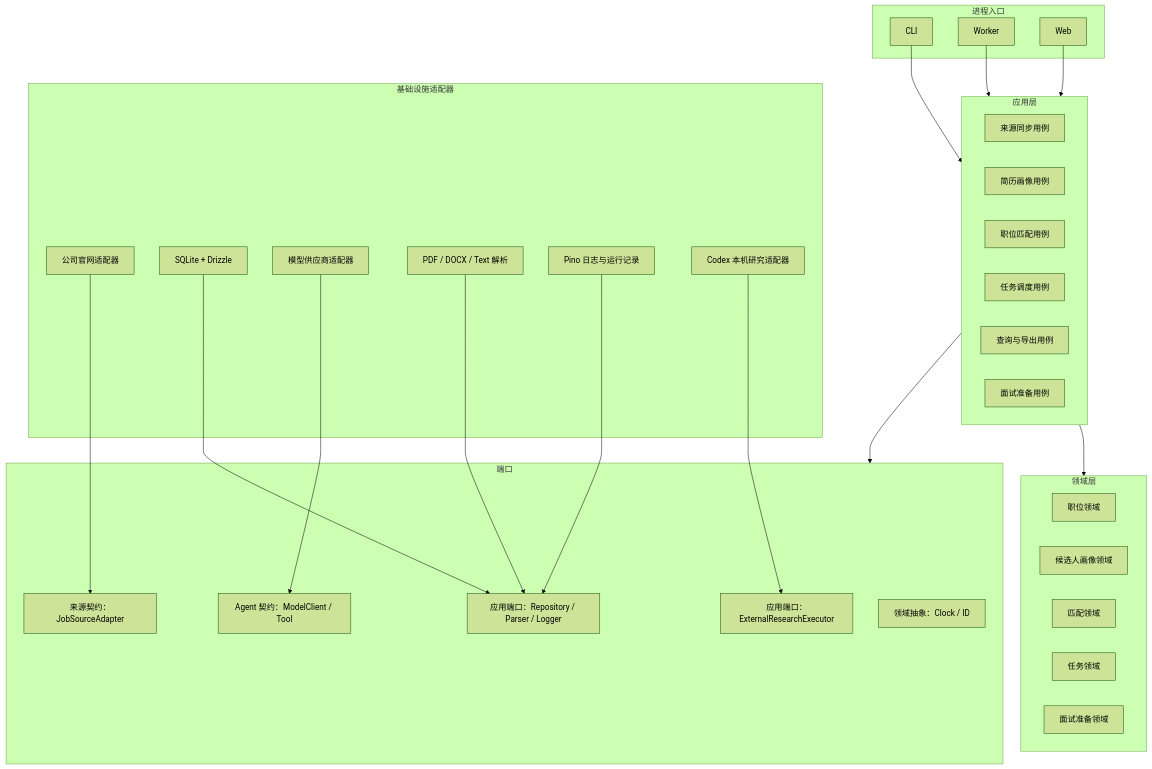
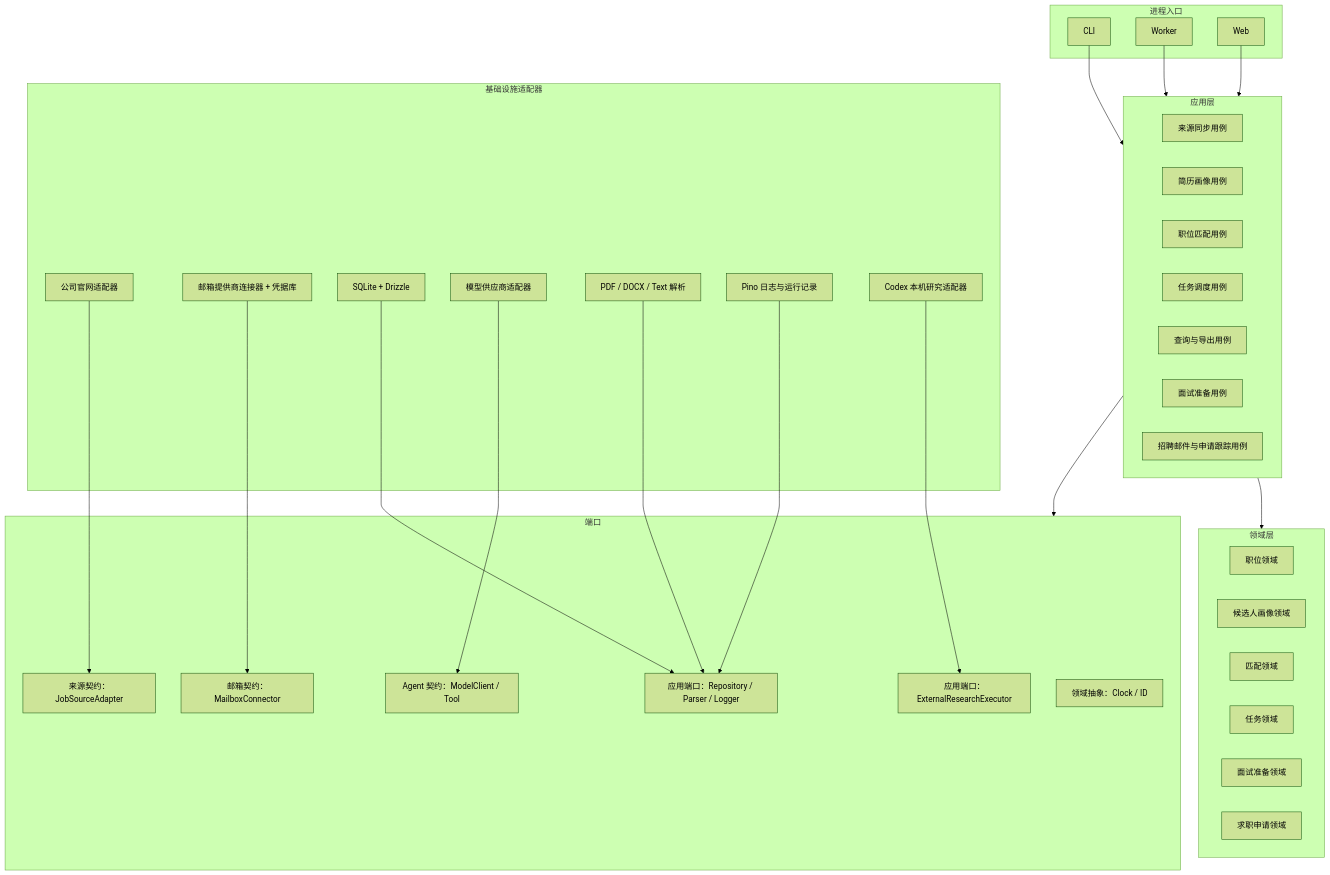
Before and after one commit to MonarchMan/JobHunter: the second of 9 diagrams in docs/arch/overall-arch.md, drawn with Mermaid (forest theme). The commit also changed other lines of this file and 74 other files, not shown here.

````diff
--- a/docs/arch/overall-arch.md
+++ b/docs/arch/overall-arch.md
@@ -159,54 +185,59 @@
 ```mermaid
 flowchart TB
     subgraph Entry["进程入口"]
         CLI["CLI"]
         WORKER["Worker"]
         WEB["Web"]
     end
 
     subgraph App["应用层"]
         SOURCE_APP["来源同步用例"]
         RESUME_APP["简历画像用例"]
         MATCH_APP["职位匹配用例"]
         TASK_APP["任务调度用例"]
         QUERY_APP["查询与导出用例"]
         INTERVIEW_APP["面试准备用例"]
+        MAIL_APP["招聘邮件与申请跟踪用例"]
     end
 
     subgraph Domain["领域层"]
         JOB_DOMAIN["职位领域"]
         PROFILE_DOMAIN["候选人画像领域"]
         MATCH_DOMAIN["匹配领域"]
         TASK_DOMAIN["任务领域"]
         INTERVIEW_DOMAIN["面试准备领域"]
+        APPLICATION_DOMAIN["求职申请领域"]
     end
 
     subgraph Ports["端口"]
         APP_PORT["应用端口：Repository / Parser / Logger"]
         SOURCE_PORT["来源契约：JobSourceAdapter"]
+        MAIL_PORT["邮箱契约：MailboxConnector"]
         AGENT_PORT["Agent 契约：ModelClient / Tool"]
         RESEARCH_PORT["应用端口：ExternalResearchExecutor"]
         DOMAIN_PORT["领域抽象：Clock / ID"]
     end
 
     subgraph Infra["基础设施适配器"]
         SOURCES["公司官网适配器"]
+        MAIL_CONNECTORS["邮箱提供商连接器 + 凭据库"]
         SQLITE["SQLite + Drizzle"]
         MODELS["模型供应商适配器"]
         PARSERS["PDF / DOCX / Text 解析"]
         LOGGING["Pino 日志与运行记录"]
         CODEX["Codex 本机研究适配器"]
     end
 
     CLI --> App
     WORKER --> App
     WEB --> App
     App --> Domain
     App --> Ports
     SOURCES --> SOURCE_PORT
+    MAIL_CONNECTORS --> MAIL_PORT
     SQLITE --> APP_PORT
     MODELS --> AGENT_PORT
     PARSERS --> APP_PORT
     LOGGING --> APP_PORT
     CODEX --> RESEARCH_PORT
 ```
````
